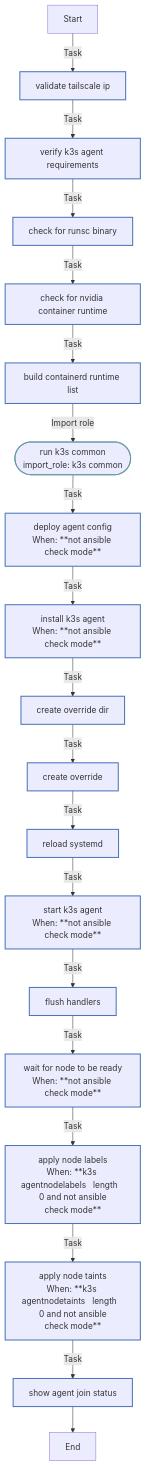
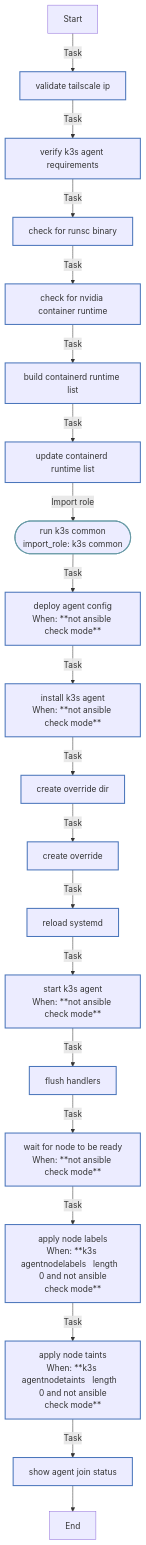
Before and after one commit to rou-cru/k3s-homelab: the diagram in roles/k3s_agent/README.md, drawn with Mermaid. The commit also changed other lines of this file and 42 other files, not shown here.

Commit message:
feat(runtime): update k3s containerd gvisor and nvidia stack

````diff
--- a/roles/k3s_agent/README.md
+++ b/roles/k3s_agent/README.md
@@ -143,31 +144,32 @@
 ```mermaid
 flowchart TD
 Start
 classDef block stroke:#3498db,stroke-width:2px;
 classDef task stroke:#4b76bb,stroke-width:2px;
 classDef includeTasks stroke:#16a085,stroke-width:2px;
 classDef importTasks stroke:#34495e,stroke-width:2px;
 classDef includeRole stroke:#2980b9,stroke-width:2px;
 classDef importRole stroke:#699ba7,stroke-width:2px;
 classDef includeVars stroke:#8e44ad,stroke-width:2px;
 classDef rescue stroke:#665352,stroke-width:2px;
 
   Start-->|Task| Validate_Tailscale_IP0[validate tailscale ip]:::task
   Validate_Tailscale_IP0-->|Task| Verify_K3s_agent_requirements1[verify k3s agent requirements]:::task
   Verify_K3s_agent_requirements1-->|Task| Check_for_runsc_binary2[check for runsc binary]:::task
   Check_for_runsc_binary2-->|Task| Check_for_nvidia_container_runtime3[check for nvidia container runtime]:::task
   Check_for_nvidia_container_runtime3-->|Task| Build_containerd_runtime_list4[build containerd runtime list]:::task
-  Build_containerd_runtime_list4-->|Import role| Run_K3s_Common_k3s_common_5([run k3s common<br>import_role: k3s common]):::importRole
-  Run_K3s_Common_k3s_common_5-->|Task| Deploy_agent_config6[deploy agent config<br>When: **not ansible check mode**]:::task
-  Deploy_agent_config6-->|Task| Install_K3s_agent7[install k3s agent<br>When: **not ansible check mode**]:::task
-  Install_K3s_agent7-->|Task| Create_override_dir8[create override dir]:::task
-  Create_override_dir8-->|Task| Create_override9[create override]:::task
-  Create_override9-->|Task| Reload_systemd10[reload systemd]:::task
-  Reload_systemd10-->|Task| Start_K3s_agent11[start k3s agent<br>When: **not ansible check mode**]:::task
-  Start_K3s_agent11-->|Task| Flush_handlers12[flush handlers]:::task
-  Flush_handlers12-->|Task| Wait_for_node_to_be_ready13[wait for node to be ready<br>When: **not ansible check mode**]:::task
-  Wait_for_node_to_be_ready13-->|Task| Apply_node_labels14[apply node labels<br>When: **k3s agentnodelabels   length   0 and not ansible<br>check mode**]:::task
-  Apply_node_labels14-->|Task| Apply_node_taints15[apply node taints<br>When: **k3s agentnodetaints   length   0 and not ansible<br>check mode**]:::task
-  Apply_node_taints15-->|Task| Show_agent_join_status16[show agent join status]:::task
-  Show_agent_join_status16-->End
+  Build_containerd_runtime_list4-->|Task| Update_containerd_runtime_list5[update containerd runtime list]:::task
+  Update_containerd_runtime_list5-->|Import role| Run_K3s_Common_k3s_common_6([run k3s common<br>import_role: k3s common]):::importRole
+  Run_K3s_Common_k3s_common_6-->|Task| Deploy_agent_config7[deploy agent config<br>When: **not ansible check mode**]:::task
+  Deploy_agent_config7-->|Task| Install_K3s_agent8[install k3s agent<br>When: **not ansible check mode**]:::task
+  Install_K3s_agent8-->|Task| Create_override_dir9[create override dir]:::task
+  Create_override_dir9-->|Task| Create_override10[create override]:::task
+  Create_override10-->|Task| Reload_systemd11[reload systemd]:::task
+  Reload_systemd11-->|Task| Start_K3s_agent12[start k3s agent<br>When: **not ansible check mode**]:::task
+  Start_K3s_agent12-->|Task| Flush_handlers13[flush handlers]:::task
+  Flush_handlers13-->|Task| Wait_for_node_to_be_ready14[wait for node to be ready<br>When: **not ansible check mode**]:::task
+  Wait_for_node_to_be_ready14-->|Task| Apply_node_labels15[apply node labels<br>When: **k3s agentnodelabels   length   0 and not ansible<br>check mode**]:::task
+  Apply_node_labels15-->|Task| Apply_node_taints16[apply node taints<br>When: **k3s agentnodetaints   length   0 and not ansible<br>check mode**]:::task
+  Apply_node_taints16-->|Task| Show_agent_join_status17[show agent join status]:::task
+  Show_agent_join_status17-->End
 ```
````
